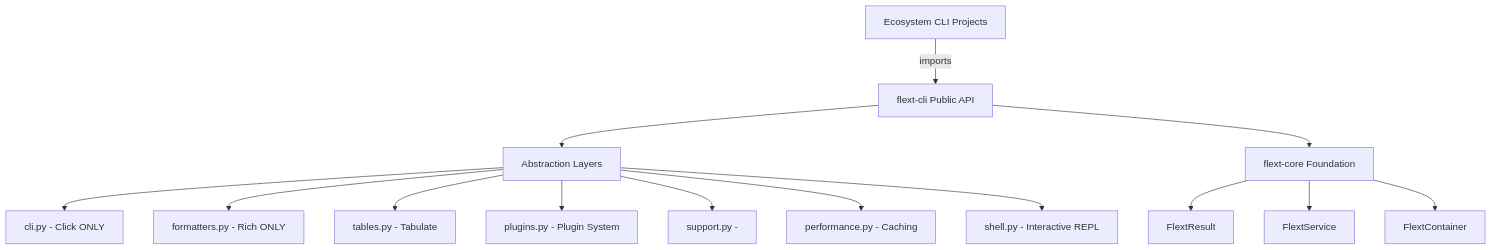
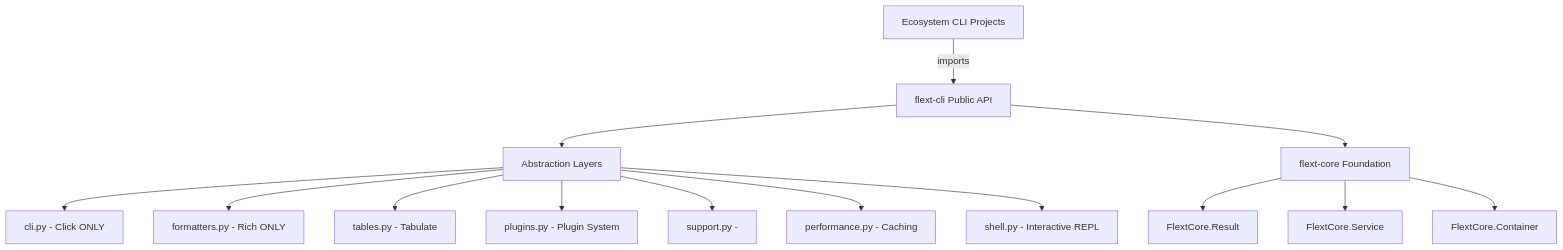
The diagram in README.md (flext-sh/flext-cli), drawn with Mermaid before and after one commit. The commit also changed other lines of this file and 60 other files, not shown here.

````diff
--- a/README.md
+++ b/README.md
@@ -81,17 +81,17 @@
 ```mermaid
 graph TB
     A[Ecosystem CLI Projects] -->|imports| B[flext-cli Public API]
     B --> C[Abstraction Layers]
     C --> D[cli.py - Click ONLY]
     C --> E[formatters.py - Rich ONLY]
     C --> F[tables.py - Tabulate]
     C --> G[plugins.py - Plugin System]
     C --> H[support.py - ]
     C --> I[performance.py - Caching]
     C --> J[shell.py - Interactive REPL]
 
     B --> K[flext-core Foundation]
-    K --> L[FlextResult]
-    K --> M[FlextService]
-    K --> N[FlextContainer]
+    K --> L[FlextCore.Result]
+    K --> M[FlextCore.Service]
+    K --> N[FlextCore.Container]
 ```
````
